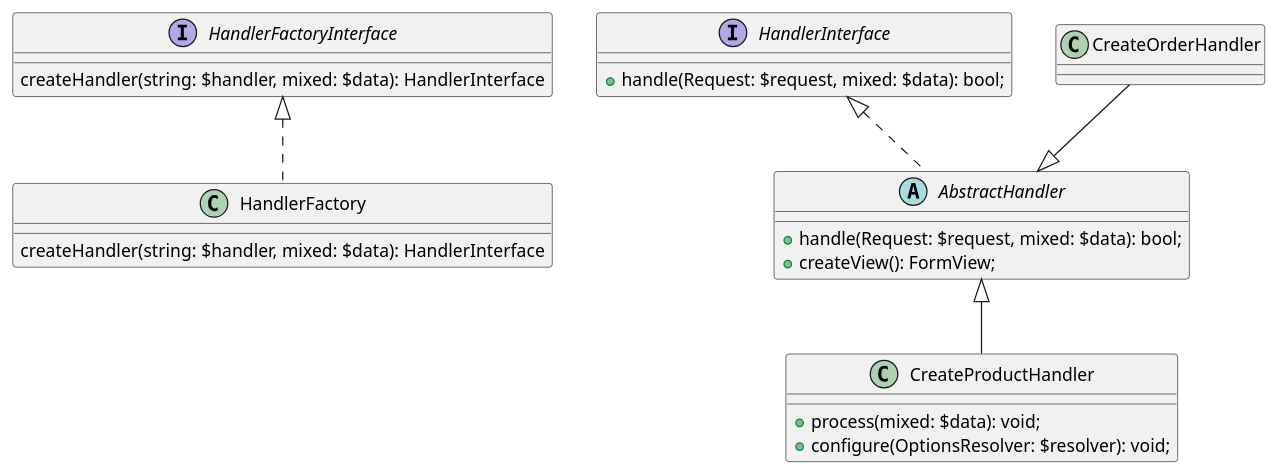
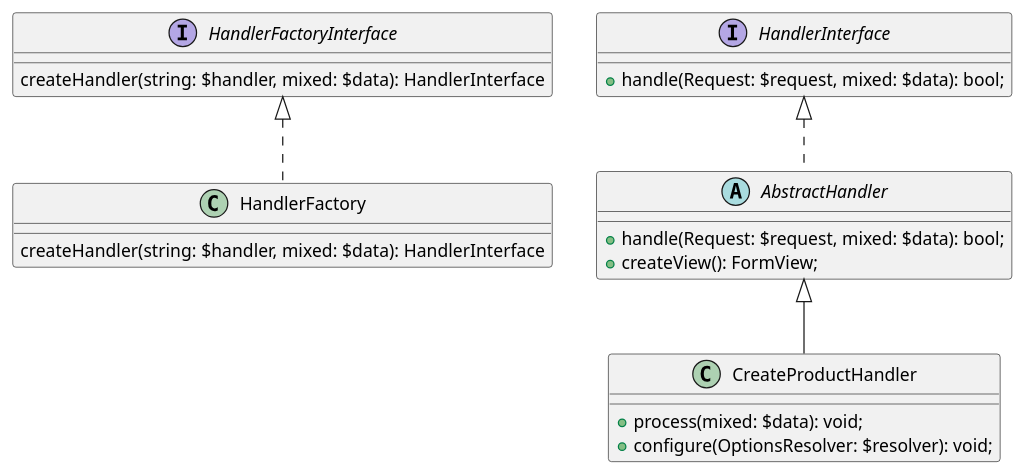
The diagram in docs/handlers.puml (ibou/challenges-toham-product-consom), drawn with PlantUML before and after one commit. The commit also changed 13 other files, not shown here.

```diff
--- a/docs/handlers.puml
+++ b/docs/handlers.puml
@@ -1,30 +1,29 @@
 @startuml
 
 interface HandlerFactoryInterface {
 	{method} createHandler(string: $handler, mixed: $data): HandlerInterface
 }
 
 class HandlerFactory {
 	{method} createHandler(string: $handler, mixed: $data): HandlerInterface
 }
 
 class HandlerFactory implements HandlerFactoryInterface
 interface HandlerInterface{
 	+ handle(Request: $request, mixed: $data): bool;
 }
 
 class AbstractHandler {
 	+ handle(Request: $request, mixed: $data): bool;
 	+ createView(): FormView;
 }
 
 class CreateProductHandler {
 	 + process(mixed: $data): void;
 	 + configure(OptionsResolver: $resolver): void;
 }
 
 abstract class AbstractHandler implements HandlerInterface
 class CreateProductHandler extends AbstractHandler
-CreateOrderHandler --|> AbstractHandler
 
 @enduml
```
